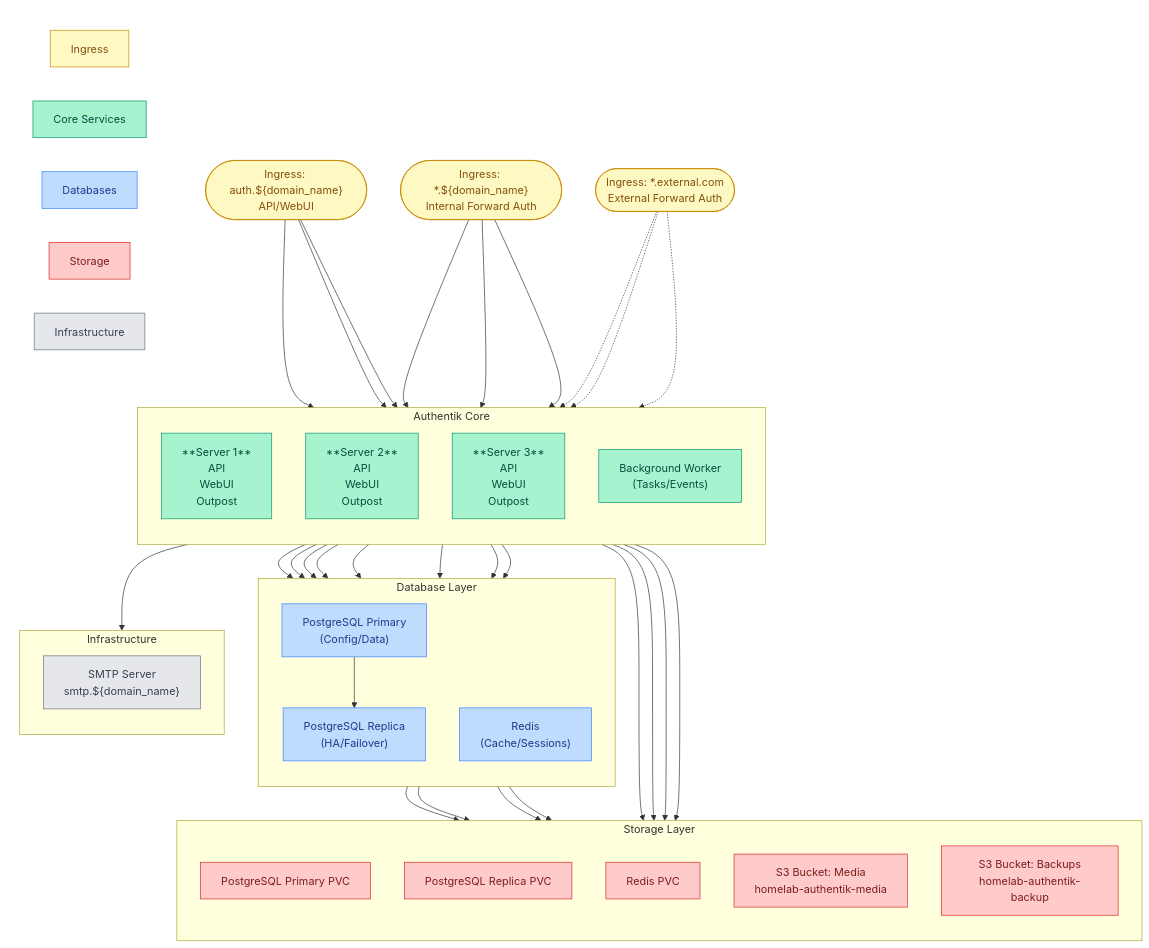
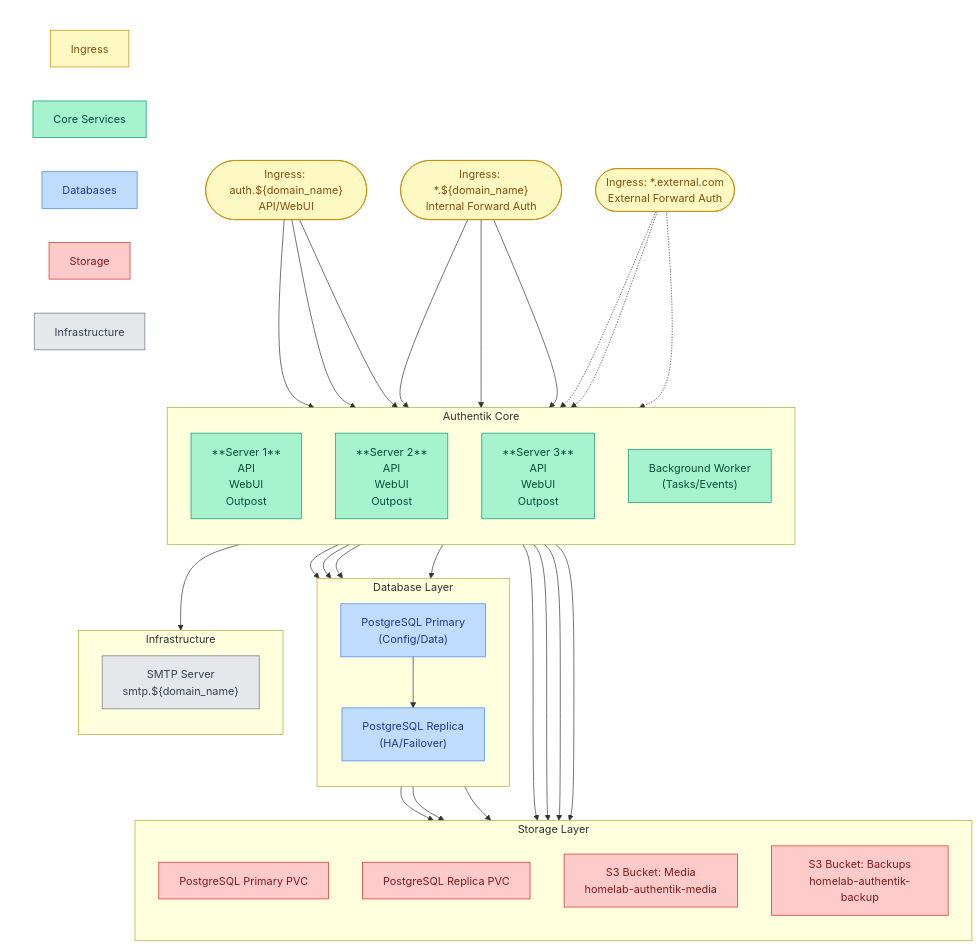
Before and after one commit to ppat/homelab-ops-kubernetes-apps: the diagram in infrastructure/subsystems/security-extra/README.md, drawn with Mermaid. The commit also changed other lines of this file and 7 other files, not shown here.

```diff
--- a/infrastructure/subsystems/security-extra/README.md
+++ b/infrastructure/subsystems/security-extra/README.md
@@ -63,7 +61,6 @@
         direction TB
         pg-primary["PostgreSQL Primary<br/>(Config/Data)"]:::db
         pg-replica["PostgreSQL Replica<br/>(HA/Failover)"]:::db
-        redis["Redis<br/>(Cache/Sessions)"]:::db
     end
 
     %% Storage Layer
@@ -71,7 +68,6 @@
         direction TB
         pg-primary-pvc["PostgreSQL Primary PVC"]:::storage
         pg-replica-pvc["PostgreSQL Replica PVC"]:::storage
-        redis-pvc["Redis PVC"]:::storage
         s3-media["S3 Bucket: Media<br/>homelab-authentik-media"]:::storage
         s3-backup["S3 Bucket: Backups<br/>homelab-authentik-backup"]:::storage
     end
@@ -97,9 +93,6 @@
     server-1 --> pg-primary
     server-2 --> pg-primary
     server-3 --> pg-primary
-    server-1 --> redis
-    server-2 --> redis
-    server-3 --> redis
     server-1 --> s3-media
     server-2 --> s3-media
     server-3 --> s3-media
@@ -107,7 +100,6 @@
 
     %% Worker Dependencies
     worker --> pg-primary
-    worker --> redis
     worker --> s3-media
     worker --> smtp
 
@@ -115,7 +107,6 @@
     pg-primary --> pg-primary-pvc
     pg-primary --> s3-backup
     pg-replica --> pg-replica-pvc
-    redis --> redis-pvc
 
     %% Legend
     subgraph Legend[" "]
```
